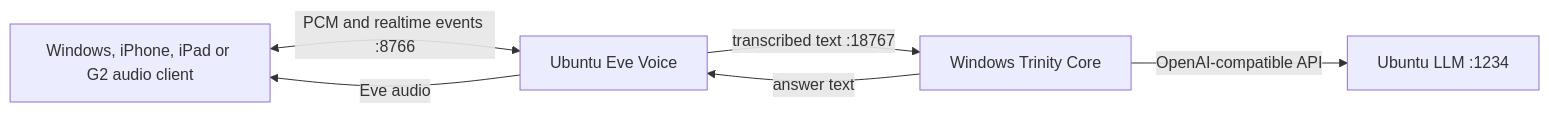
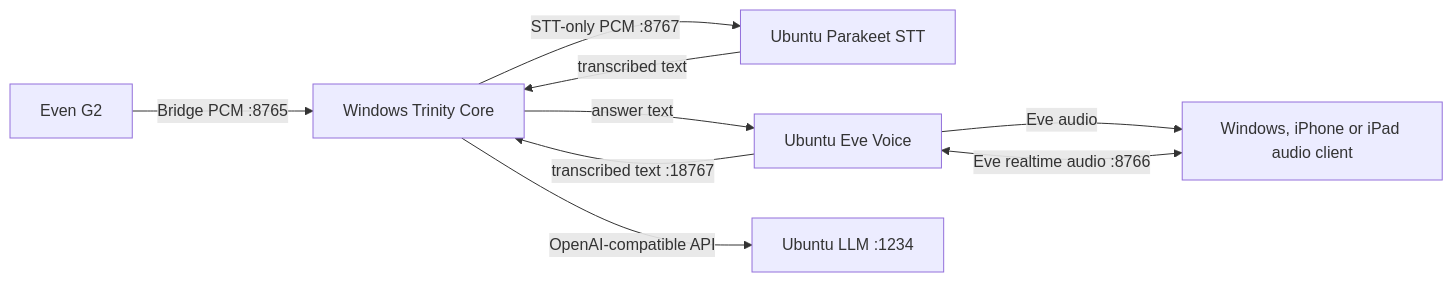
One commit to ProfEngel/TrinityLectureAssisitant changed the diagram in docs/VOICE_UBUNTU_HOST.md. Above: the diagram before and after it, drawn with Mermaid. The commit also changed other lines of this file and 71 other files, not shown here.

Commit message:
Release Trinity 0.18.0 standalone and server-client voice handoff

````diff
--- a/docs/VOICE_UBUNTU_HOST.md
+++ b/docs/VOICE_UBUNTU_HOST.md
@@ -7,8 +7,11 @@
 ```mermaid
 flowchart LR
-  C["Windows, iPhone, iPad or G2 audio client"] <-->|"PCM and realtime events :8766"| U["Ubuntu Eve Voice"]
-  U -->|"transcribed text :18767"| W["Windows Trinity Core"]
+  G["Even G2"] -->|"Bridge PCM :8765"| W["Windows Trinity Core"]
+  W -->|"STT-only PCM :8767"| S["Ubuntu Parakeet STT"]
+  C["Windows, iPhone or iPad audio client"] <-->|"Eve realtime audio :8766"| U["Ubuntu Eve Voice"]
+  U -->|"transcribed text :18767"| W
+  S -->|"transcribed text"| W
   W -->|"OpenAI-compatible API"| L["Ubuntu LLM :1234"]
   W -->|"answer text"| U
   U -->|"Eve audio"| C
 ```
````
